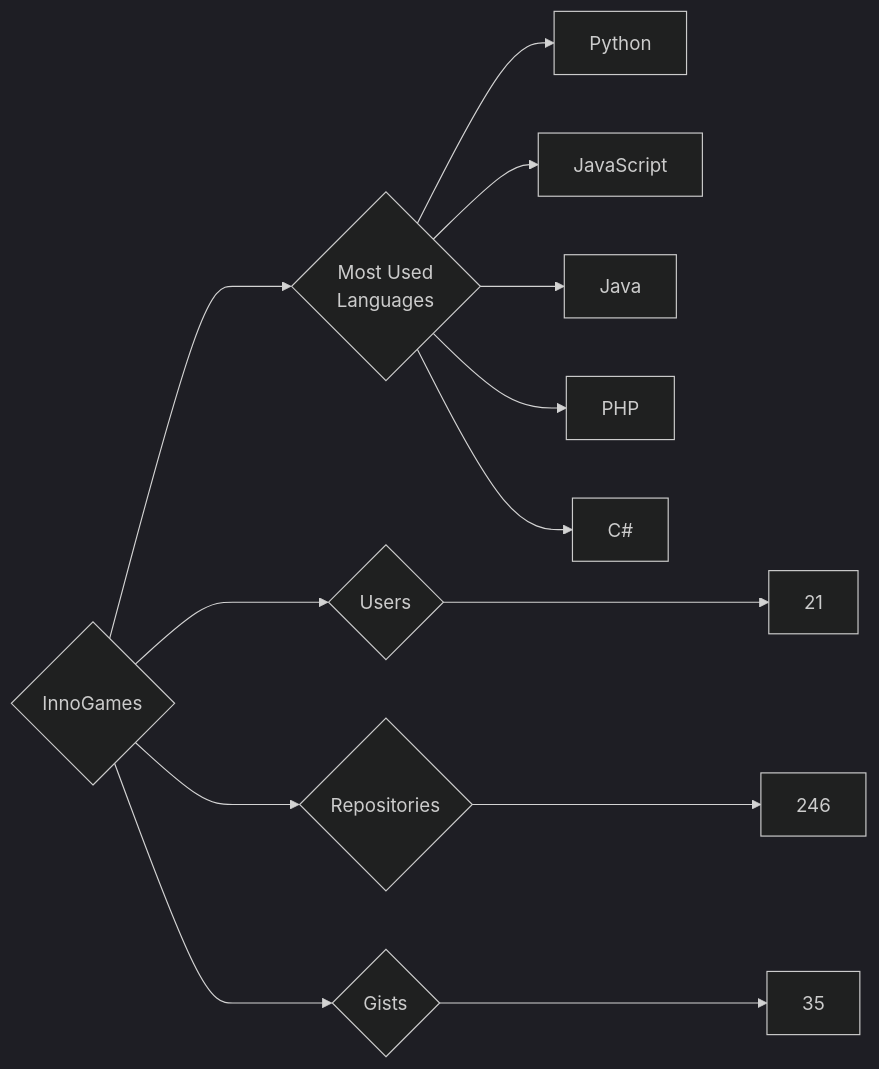
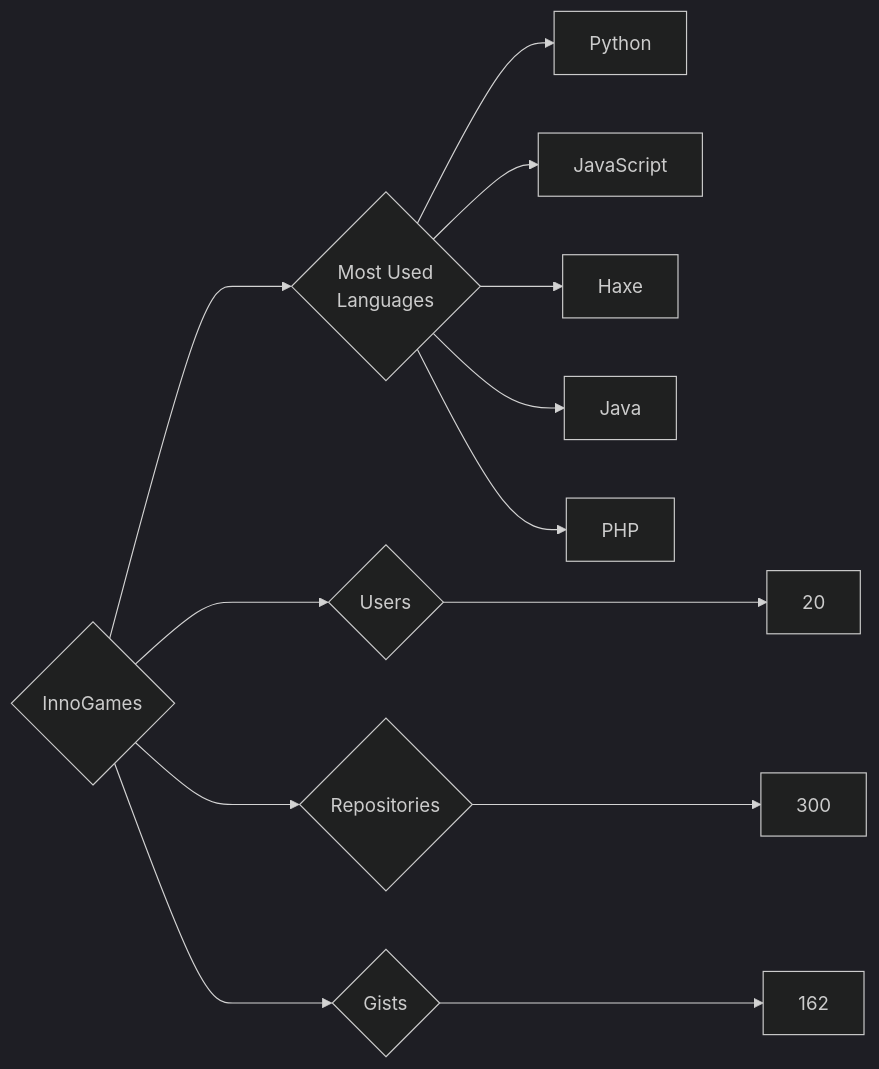
The diagram in targets/InnoGames/README.md (trickest/insiders), drawn with Mermaid (dark theme) before and after one commit. The commit also changed 838 other files, not shown here.

````diff
--- a/targets/InnoGames/README.md
+++ b/targets/InnoGames/README.md
@@ -3,13 +3,13 @@
 ```mermaid
 graph LR
 COMPANY_NAME{InnoGames}
-COMPANY_NAME ---> U{Users} ---> UN[21]
-COMPANY_NAME ---> R{Repositories} ---> RN[246]
-COMPANY_NAME ---> G{Gists} ---> GN[35]
+COMPANY_NAME ---> U{Users} ---> UN[20]
+COMPANY_NAME ---> R{Repositories} ---> RN[300]
+COMPANY_NAME ---> G{Gists} ---> GN[162]
 COMPANY_NAME ---> ML{Most Used<br>Languages}
 ML --> Python[Python]
 ML --> JavaScript[JavaScript]
+ML --> Haxe[Haxe]
 ML --> Java[Java]
 ML --> PHP[PHP]
-ML --> C#[C#]
 ```
````
